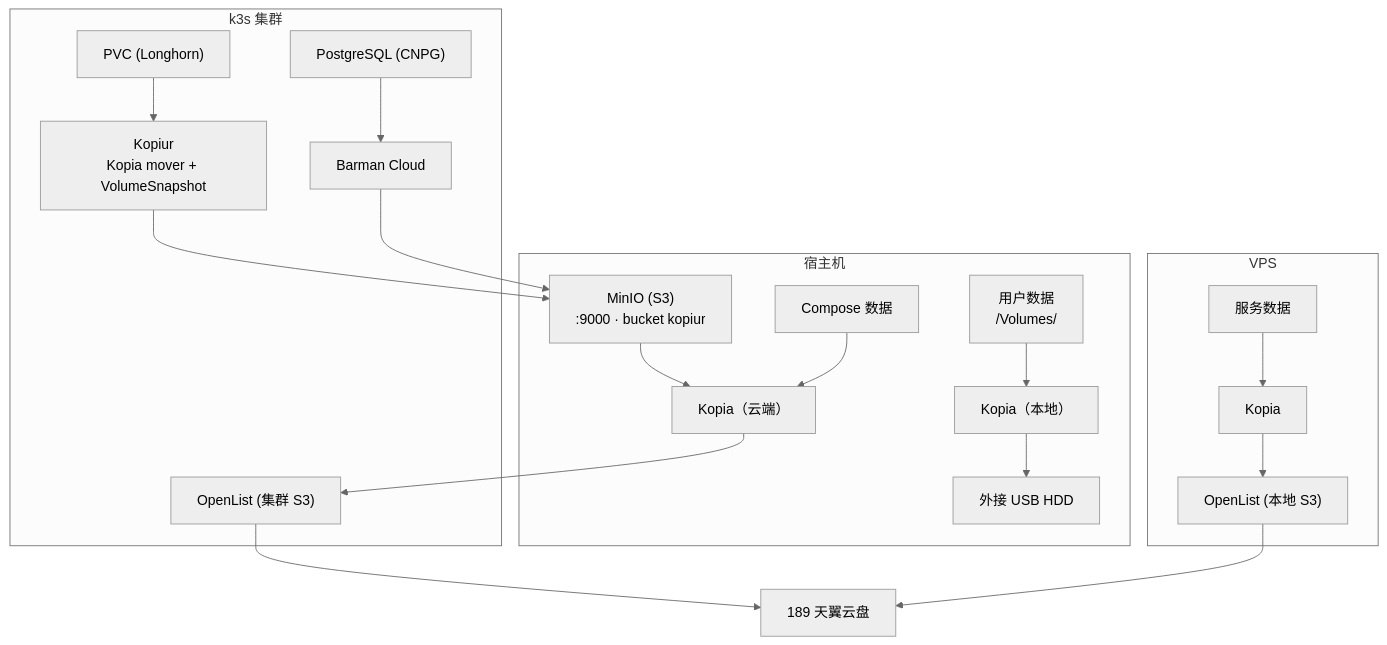
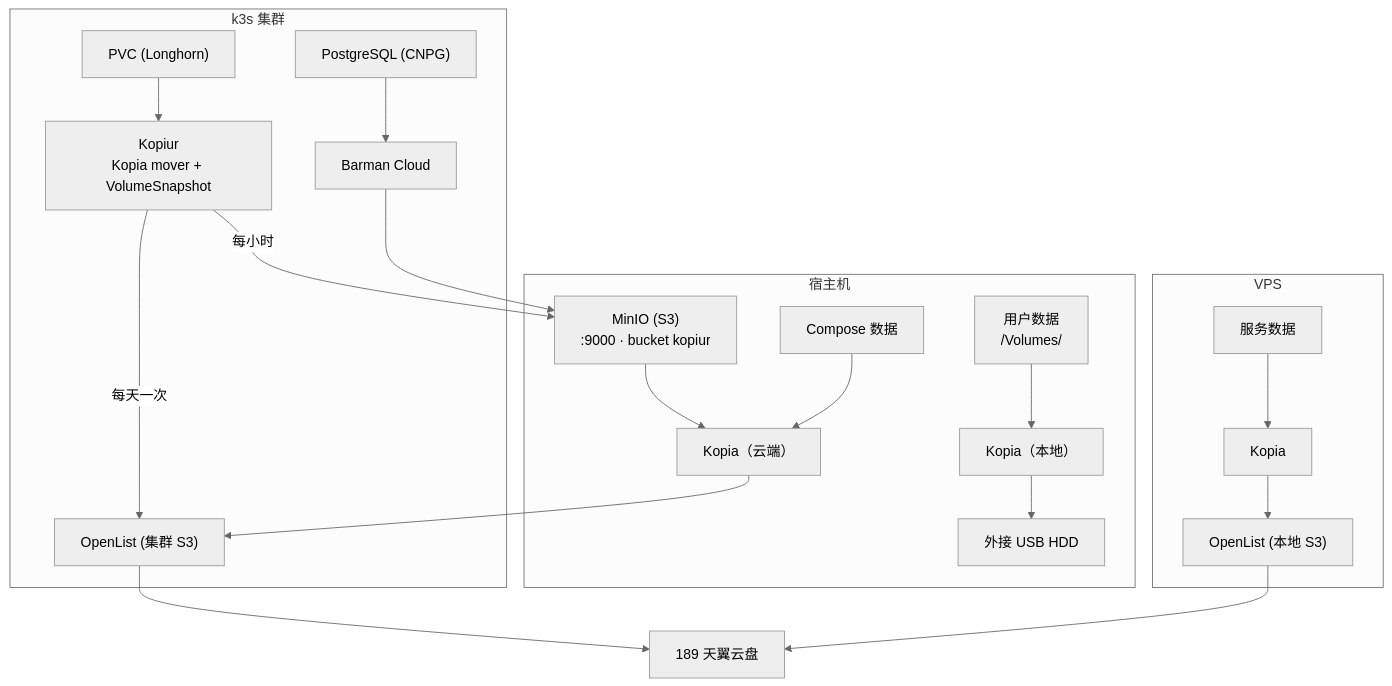
The seventh of 8 diagrams in docs/ARCHITECTURE.md (shelken/home-ops), drawn with Mermaid (neutral theme) before and after one commit. The commit also changed other lines of this file and 11 other files, not shown here.

````diff
--- a/docs/ARCHITECTURE.md
+++ b/docs/ARCHITECTURE.md
@@ -416,44 +416,45 @@
 ```mermaid
 graph TB
     subgraph K8S["k3s 集群"]
         PVC["PVC (Longhorn)"]
         PG["PostgreSQL (CNPG)"]
         Kopiur["Kopiur<br/>Kopia mover + VolumeSnapshot"]
         Barman["Barman Cloud"]
         Cluster_OpenList["OpenList (集群 S3)"]
     end
 
     subgraph SAKA_BACKUP["宿主机"]
         MinIO["MinIO (S3)<br/>:9000 · bucket kopiur"]
         COMPOSE_Data["Compose 数据"]
         USER_Data["用户数据<br/>/Volumes/<USER_DATA>"]
         SAKA_Kopia["Kopia（云端）"]
         SAKA_Kopia_Local["Kopia（本地）"]
         USB_HDD["外接 USB HDD"]
     end
 
     subgraph VPS_BACKUP["VPS"]
         VPS_Data["服务数据"]
         VPS_Kopia["Kopia"]
         VPS_OpenList["OpenList (本地 S3)"]
     end
 
     Cloud["189 天翼云盘"]
 
     PVC --> Kopiur
     PG --> Barman
-    Kopiur --> MinIO
+    Kopiur -->|"每小时"| MinIO
+    Kopiur -->|"每天一次"| Cluster_OpenList
     Barman --> MinIO
 
     MinIO --> SAKA_Kopia
     COMPOSE_Data --> SAKA_Kopia
     SAKA_Kopia --> Cluster_OpenList
     Cluster_OpenList --> Cloud
 
     USER_Data --> SAKA_Kopia_Local
     SAKA_Kopia_Local --> USB_HDD
 
     VPS_Data --> VPS_Kopia
     VPS_Kopia --> VPS_OpenList
     VPS_OpenList --> Cloud
 ```
````
